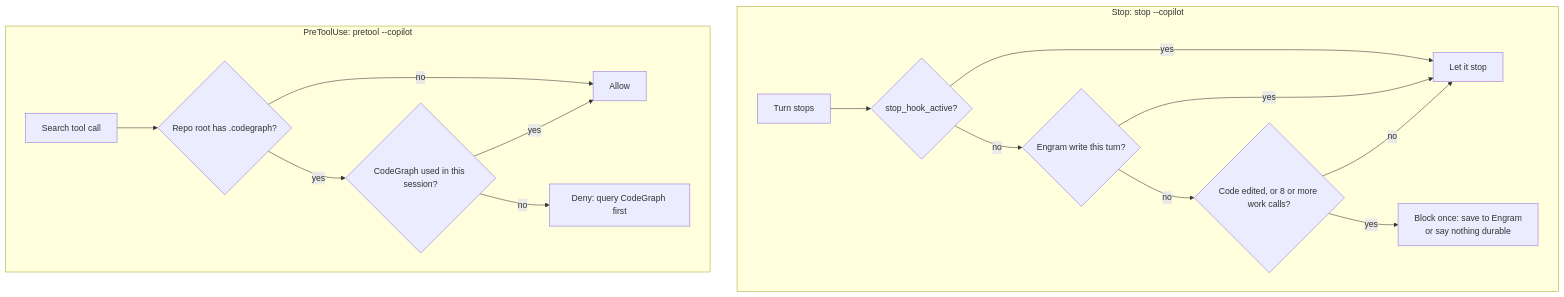
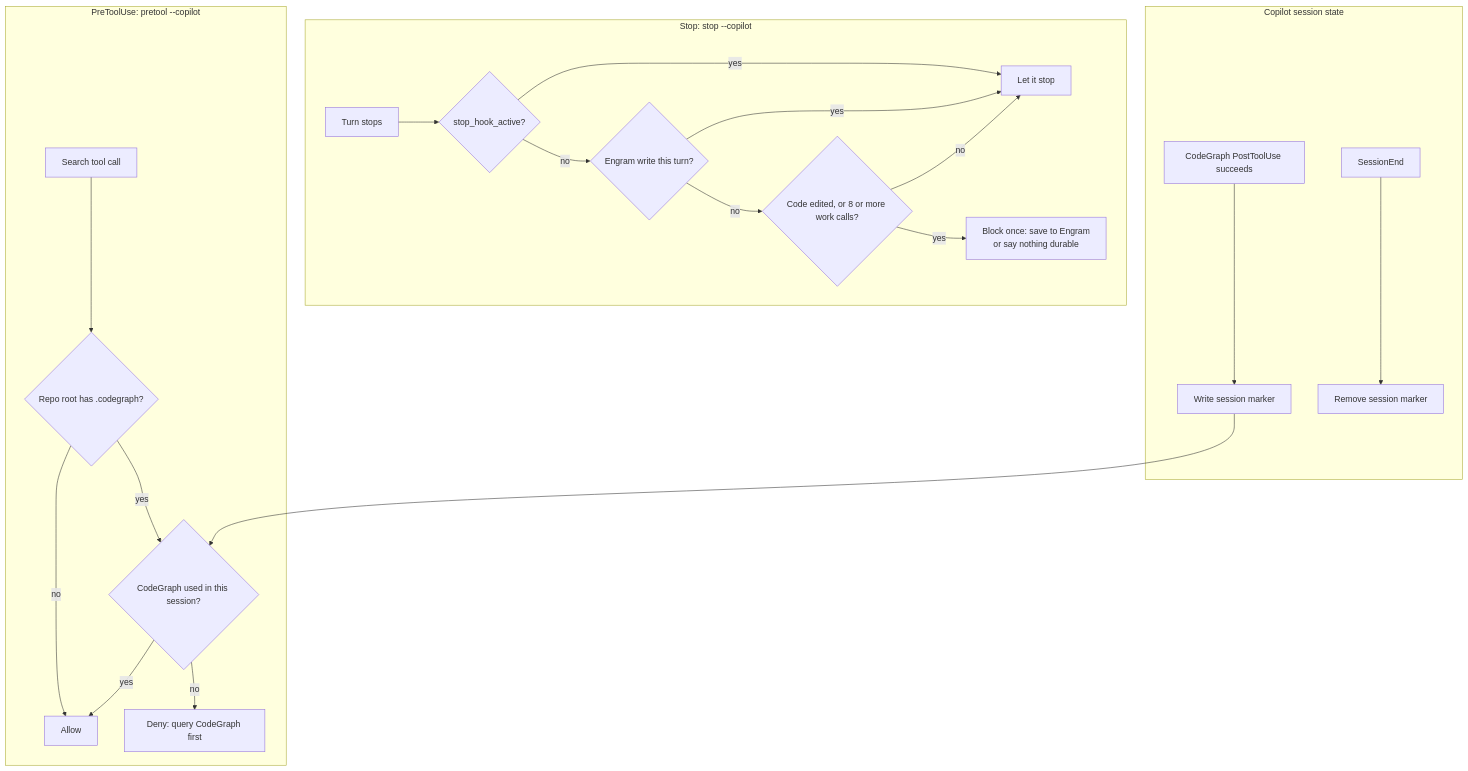
The fifth of 7 diagrams in docs/methodology.md (sacuadros/agent-harness), drawn with Mermaid before and after one commit. The commit also changed other lines of this file and 6 other files, not shown here.

````diff
--- a/docs/methodology.md
+++ b/docs/methodology.md
@@ -150,19 +150,24 @@
 ```mermaid
 flowchart TD
     subgraph stop [Stop: stop --copilot]
         S1[Turn stops] --> S2{stop_hook_active?}
         S2 -- yes --> SZ[Let it stop]
         S2 -- no --> S3{Engram write this turn?}
         S3 -- yes --> SZ
         S3 -- no --> S4{Code edited, or 8 or more work calls?}
         S4 -- no --> SZ
         S4 -- yes --> S5[Block once: save to Engram<br/>or say nothing durable]
     end
     subgraph pre [PreToolUse: pretool --copilot]
         P1[Search tool call] --> P2{Repo root has .codegraph?}
         P2 -- no --> PZ[Allow]
         P2 -- yes --> P3{CodeGraph used in this session?}
         P3 -- yes --> PZ
         P3 -- no --> P4[Deny: query CodeGraph first]
     end
+    subgraph state [Copilot session state]
+        T1[CodeGraph PostToolUse succeeds] --> T2[Write session marker]
+        T2 --> P3
+        E1[SessionEnd] --> E2[Remove session marker]
+    end
 ```
````
